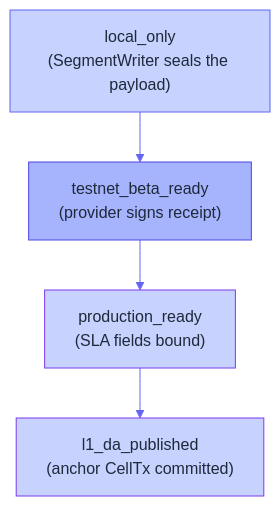
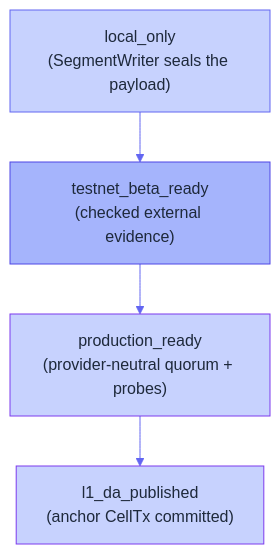
One commit to Myelin-Labs/Myelin changed the first of 3 diagrams in docs/interactions/da-flow.md. Above: the diagram before and after it, drawn with Mermaid. The commit also changed other lines of this file and 34 other files, not shown here.

````diff
--- a/docs/interactions/da-flow.md
+++ b/docs/interactions/da-flow.md
@@ -33,25 +32,25 @@
 ```mermaid
 %%{init: {
   "theme": "base",
   "themeVariables": {
     "primaryColor": "#A5B4FC",
     "primaryTextColor": "#1E293B",
     "primaryBorderColor": "#4F46E5",
     "lineColor": "#6366F1",
     "secondaryColor": "#C7D2FE",
     "tertiaryColor": "#C7D2FE"
   }
 }}%%
 flowchart TB
     L1["local_only<br/>(SegmentWriter seals the payload)"]:::r1
-    L2["testnet_beta_ready<br/>(provider signs receipt)"]:::r2
-    L3["production_ready<br/>(SLA fields bound)"]:::r3
+    L2["testnet_beta_ready<br/>(checked external evidence)"]:::r2
+    L3["production_ready<br/>(provider-neutral quorum + probes)"]:::r3
     L4["l1_da_published<br/>(anchor CellTx committed)"]:::r4
 
     L1 --> L2 --> L3 --> L4
 
     classDef r1 fill:#C7D2FE,stroke:#6366F1,color:#1E293B;
     classDef r2 fill:#A5B4FC,stroke:#4F46E5,color:#1E293B;
     classDef r3 fill:#C7D2FE,stroke:#7C3AED,color:#1E293B;
     classDef r4 fill:#C7D2FE,stroke:#7C3AED,color:#1E293B;
 ```
````
